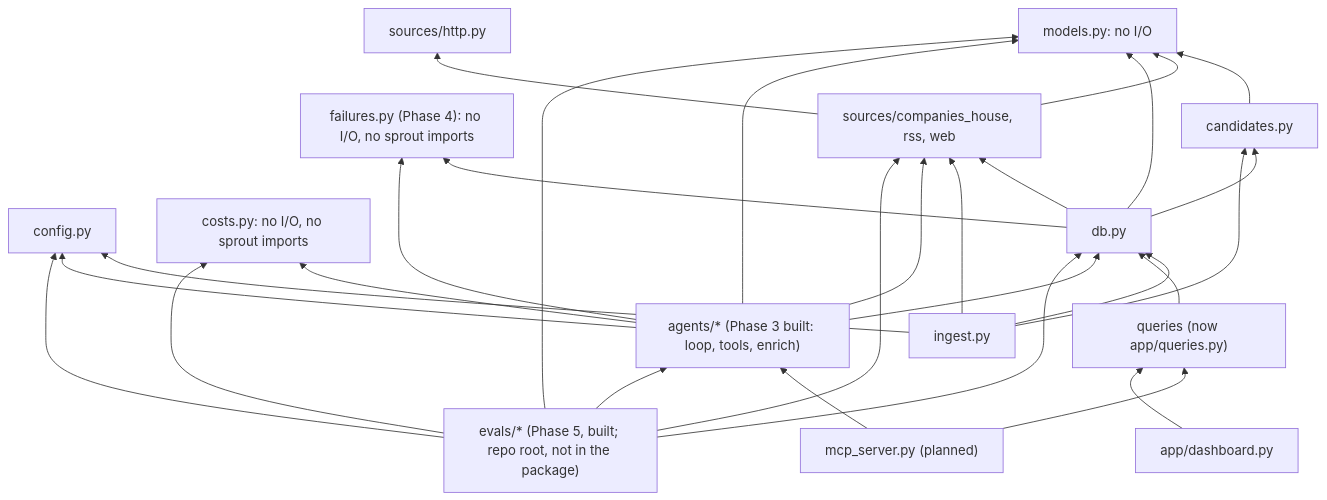
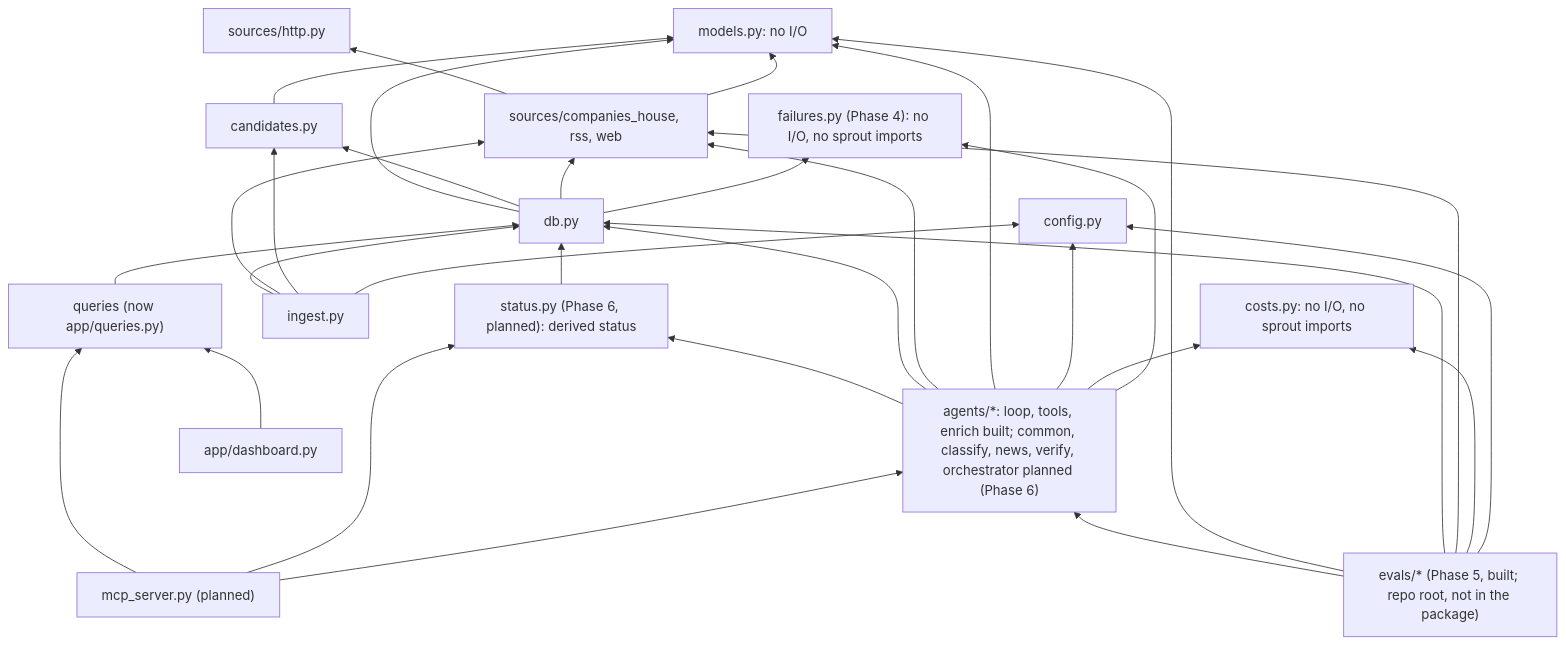
The first of 2 diagrams in docs/architecture/1. overview.md (Farzaanee/sprout), drawn with Mermaid before and after one commit. The commit also changed other lines of this file and 14 other files, not shown here.

Commit message:
update architecture docs for phase 6 - Multi-agent pipeline at scale

````diff
--- a/docs/architecture/1. overview.md
+++ b/docs/architecture/1. overview.md
@@ -23,44 +23,48 @@
 ```mermaid
 flowchart BT
     models["models.py: no I/O"]
     config["config.py"]
     costs["costs.py: no I/O, no sprout imports"]
     failures["failures.py (Phase 4): no I/O, no sprout imports"]
     candidates["candidates.py"]
     http["sources/http.py"]
     sources["sources/companies_house, rss, web"]
     db["db.py"]
     ingest["ingest.py"]
     queries["queries (now app/queries.py)"]
-    agents["agents/* (Phase 3 built: loop, tools, enrich)"]
+    statusmod["status.py (Phase 6, planned): derived status"]
+    agents["agents/*: loop, tools, enrich built; common, classify, news, verify, orchestrator planned (Phase 6)"]
     mcp["mcp_server.py (planned)"]
     dash["app/dashboard.py"]
     evals["evals/* (Phase 5, built; repo root, not in the package)"]
     candidates --> models
     sources --> http
     sources --> models
     db --> models
     db --> candidates
     db --> sources
     db --> failures
     ingest --> db
     ingest --> sources
     ingest --> candidates
     ingest --> config
     queries --> db
+    statusmod --> db
+    agents --> statusmod
     agents --> db
     agents --> sources
     agents --> models
     agents --> config
     agents --> costs
     agents --> failures
     mcp --> queries
+    mcp --> statusmod
     mcp --> agents
     dash --> queries
     evals --> agents
     evals --> models
     evals --> db
     evals --> sources
     evals --> costs
     evals --> config
 ```
````
